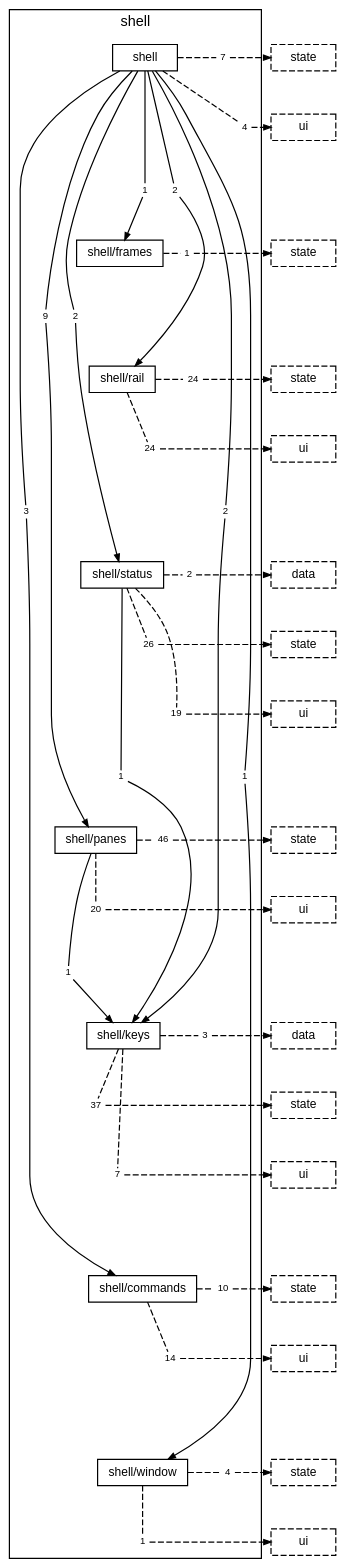
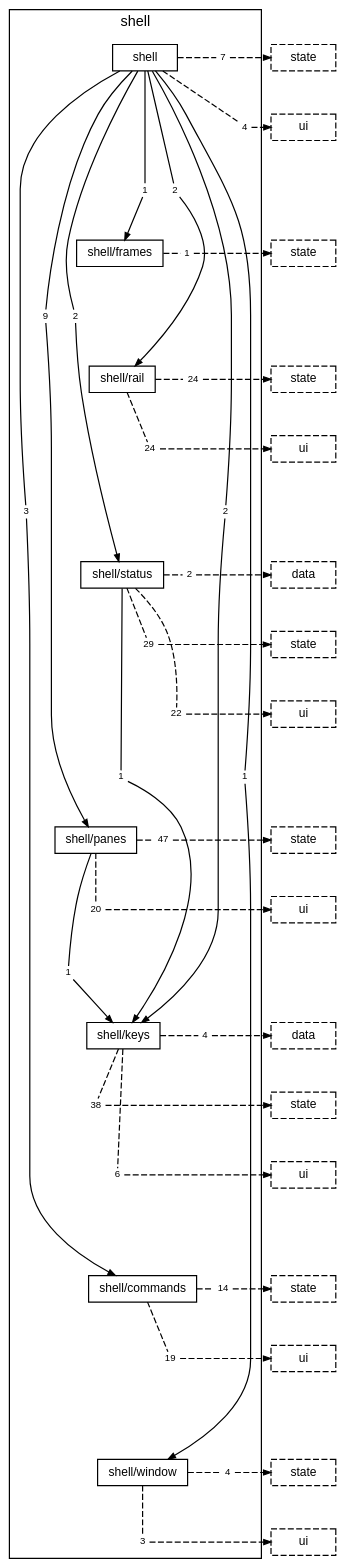
The diagram in docs/diagrams/layer-shell.dot (TheAxeC/oculus), drawn with Graphviz before and after one commit. The commit also changed 357 other files, not shown here.

```diff
--- a/docs/diagrams/layer-shell.dot
+++ b/docs/diagrams/layer-shell.dot
@@ -26,18 +26,18 @@
         "folder shell/rail to layer ui" [label="24", shape=box, color="transparent", fontsize=8, width=0, height=0, margin="0.04,0.02"];
         "folder shell/status to folder shell/keys" [label="1", shape=box, color="transparent", fontsize=8, width=0, height=0, margin="0.04,0.02"];
         "folder shell/status to layer data" [label="2", shape=box, color="transparent", fontsize=8, width=0, height=0, margin="0.04,0.02"];
-        "folder shell/status to layer state" [label="26", shape=box, color="transparent", fontsize=8, width=0, height=0, margin="0.04,0.02"];
-        "folder shell/status to layer ui" [label="19", shape=box, color="transparent", fontsize=8, width=0, height=0, margin="0.04,0.02"];
+        "folder shell/status to layer state" [label="29", shape=box, color="transparent", fontsize=8, width=0, height=0, margin="0.04,0.02"];
+        "folder shell/status to layer ui" [label="22", shape=box, color="transparent", fontsize=8, width=0, height=0, margin="0.04,0.02"];
         "folder shell/panes to folder shell/keys" [label="1", shape=box, color="transparent", fontsize=8, width=0, height=0, margin="0.04,0.02"];
-        "folder shell/panes to layer state" [label="46", shape=box, color="transparent", fontsize=8, width=0, height=0, margin="0.04,0.02"];
+        "folder shell/panes to layer state" [label="47", shape=box, color="transparent", fontsize=8, width=0, height=0, margin="0.04,0.02"];
         "folder shell/panes to layer ui" [label="20", shape=box, color="transparent", fontsize=8, width=0, height=0, margin="0.04,0.02"];
-        "folder shell/keys to layer data" [label="3", shape=box, color="transparent", fontsize=8, width=0, height=0, margin="0.04,0.02"];
-        "folder shell/keys to layer state" [label="37", shape=box, color="transparent", fontsize=8, width=0, height=0, margin="0.04,0.02"];
-        "folder shell/keys to layer ui" [label="7", shape=box, color="transparent", fontsize=8, width=0, height=0, margin="0.04,0.02"];
-        "folder shell/commands to layer state" [label="10", shape=box, color="transparent", fontsize=8, width=0, height=0, margin="0.04,0.02"];
-        "folder shell/commands to layer ui" [label="14", shape=box, color="transparent", fontsize=8, width=0, height=0, margin="0.04,0.02"];
+        "folder shell/keys to layer data" [label="4", shape=box, color="transparent", fontsize=8, width=0, height=0, margin="0.04,0.02"];
+        "folder shell/keys to layer state" [label="38", shape=box, color="transparent", fontsize=8, width=0, height=0, margin="0.04,0.02"];
+        "folder shell/keys to layer ui" [label="6", shape=box, color="transparent", fontsize=8, width=0, height=0, margin="0.04,0.02"];
+        "folder shell/commands to layer state" [label="14", shape=box, color="transparent", fontsize=8, width=0, height=0, margin="0.04,0.02"];
+        "folder shell/commands to layer ui" [label="19", shape=box, color="transparent", fontsize=8, width=0, height=0, margin="0.04,0.02"];
         "folder shell/window to layer state" [label="4", shape=box, color="transparent", fontsize=8, width=0, height=0, margin="0.04,0.02"];
-        "folder shell/window to layer ui" [label="1", shape=box, color="transparent", fontsize=8, width=0, height=0, margin="0.04,0.02"];
+        "folder shell/window to layer ui" [label="3", shape=box, color="transparent", fontsize=8, width=0, height=0, margin="0.04,0.02"];
     }
     "layer state from folder shell" [label="state", style=dashed];
     "layer ui from folder shell" [label="ui", style=dashed];
```
